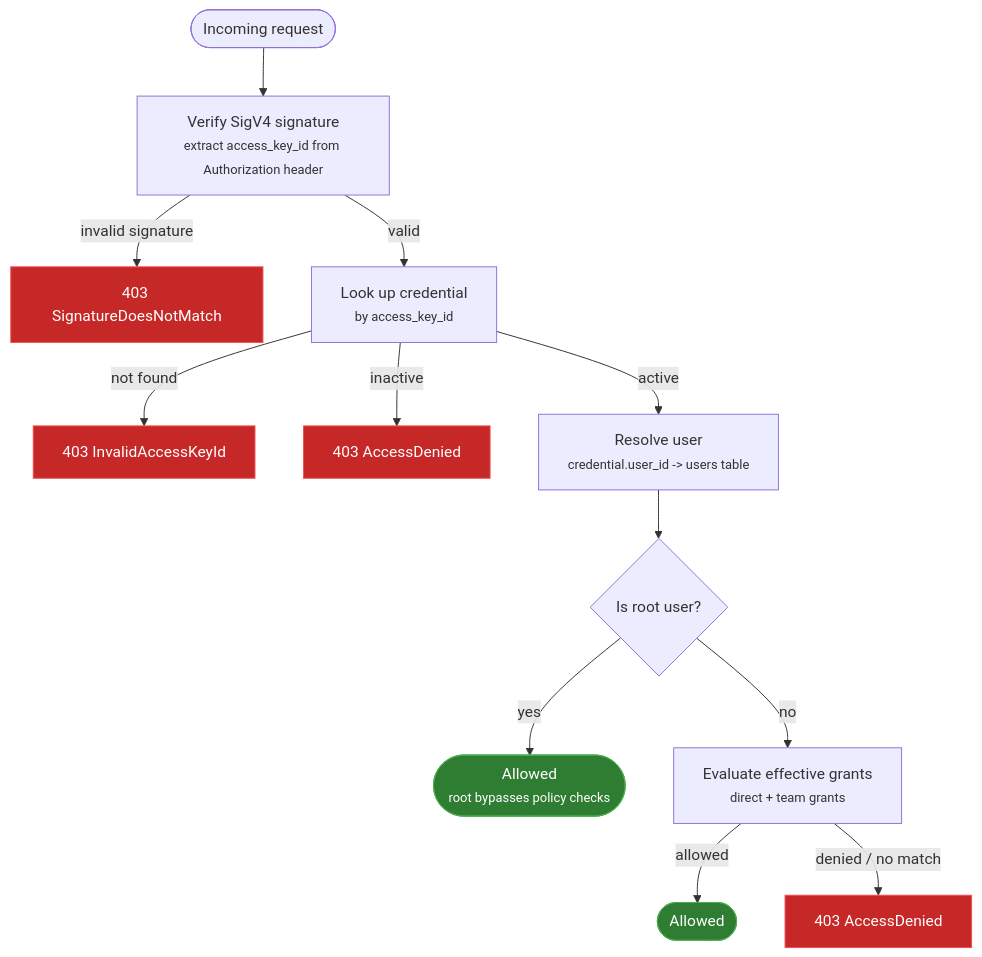
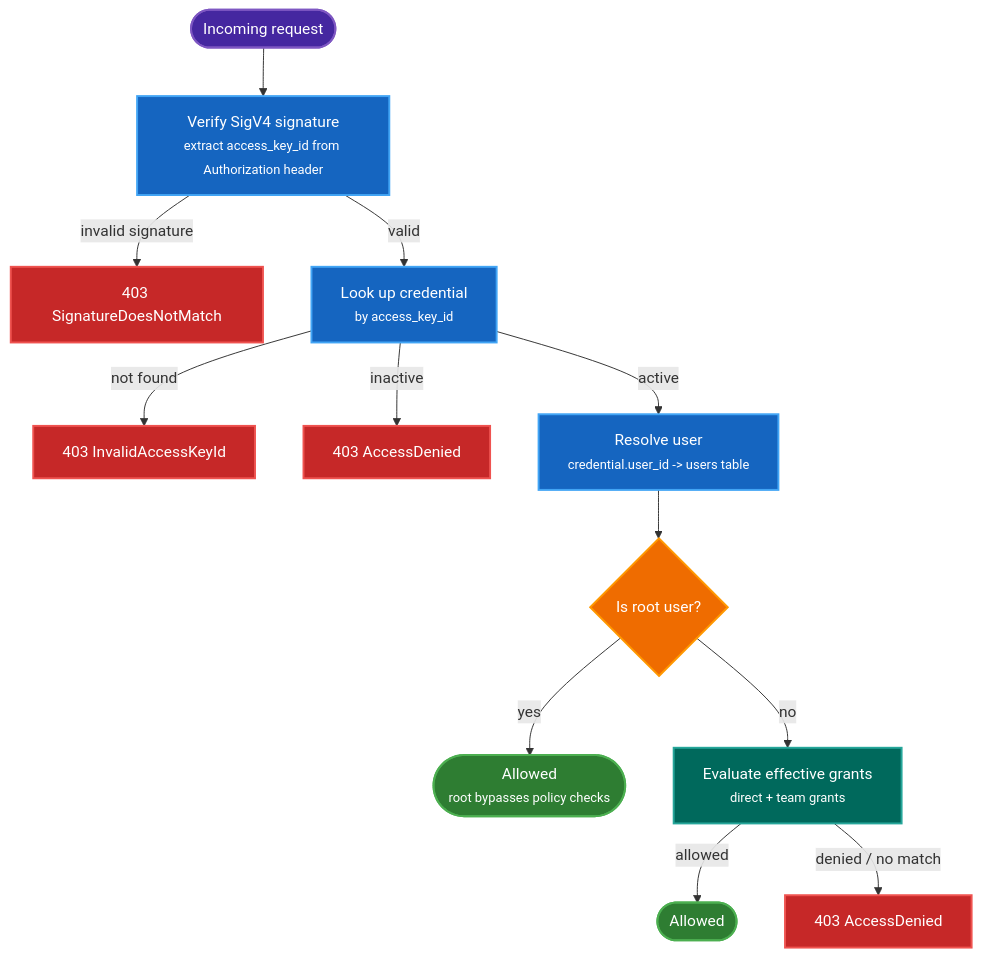
Before and after one commit to dxc-technology/arca: the second of 3 diagrams in documentation/docs/guide/access-control.md, drawn with Mermaid. The commit also changed other lines of this file and 26 other files, not shown here.

First line of the commit message:
Fix Mermaid diagram contrast in light/dark themes

````diff
--- a/documentation/docs/guide/access-control.md
+++ b/documentation/docs/guide/access-control.md
@@ -90,21 +90,27 @@
 ```mermaid
 flowchart TD
     REQ(["Incoming request"]) --> SIG["Verify SigV4 signature<br/><small>extract access_key_id from Authorization header</small>"]
     SIG -->|"invalid signature"| DENY1["403 SignatureDoesNotMatch"]
     SIG -->|"valid"| CRED["Look up credential<br/><small>by access_key_id</small>"]
     CRED -->|"not found"| DENY2["403 InvalidAccessKeyId"]
     CRED -->|"inactive"| DENY3["403 AccessDenied"]
     CRED -->|"active"| USER["Resolve user<br/><small>credential.user_id -> users table</small>"]
     USER --> ROOT{"Is root user?"}
     ROOT -->|"yes"| ALLOW(["Allowed<br/><small>root bypasses policy checks</small>"])
     ROOT -->|"no"| POLICY["Evaluate effective grants<br/><small>direct + team grants</small>"]
     POLICY -->|"allowed"| ALLOW2(["Allowed"])
     POLICY -->|"denied / no match"| DENY4["403 AccessDenied"]
 
-    style DENY1 fill:#c62828,stroke:#ef5350,color:#fff
-    style DENY2 fill:#c62828,stroke:#ef5350,color:#fff
-    style DENY3 fill:#c62828,stroke:#ef5350,color:#fff
-    style DENY4 fill:#c62828,stroke:#ef5350,color:#fff
-    style ALLOW fill:#2e7d32,stroke:#4caf50,color:#fff
-    style ALLOW2 fill:#2e7d32,stroke:#4caf50,color:#fff
+    style REQ fill:#4527a0,stroke:#7e57c2,stroke-width:2px,color:#fff
+    style SIG fill:#1565c0,stroke:#42a5f5,stroke-width:2px,color:#fff
+    style CRED fill:#1565c0,stroke:#42a5f5,stroke-width:2px,color:#fff
+    style USER fill:#1565c0,stroke:#42a5f5,stroke-width:2px,color:#fff
+    style ROOT fill:#ef6c00,stroke:#ff9800,stroke-width:2px,color:#fff
+    style POLICY fill:#00695c,stroke:#26a69a,stroke-width:2px,color:#fff
+    style DENY1 fill:#c62828,stroke:#ef5350,stroke-width:2px,color:#fff
+    style DENY2 fill:#c62828,stroke:#ef5350,stroke-width:2px,color:#fff
+    style DENY3 fill:#c62828,stroke:#ef5350,stroke-width:2px,color:#fff
+    style DENY4 fill:#c62828,stroke:#ef5350,stroke-width:2px,color:#fff
+    style ALLOW fill:#2e7d32,stroke:#4caf50,stroke-width:2px,color:#fff
+    style ALLOW2 fill:#2e7d32,stroke:#4caf50,stroke-width:2px,color:#fff
 ```
````
